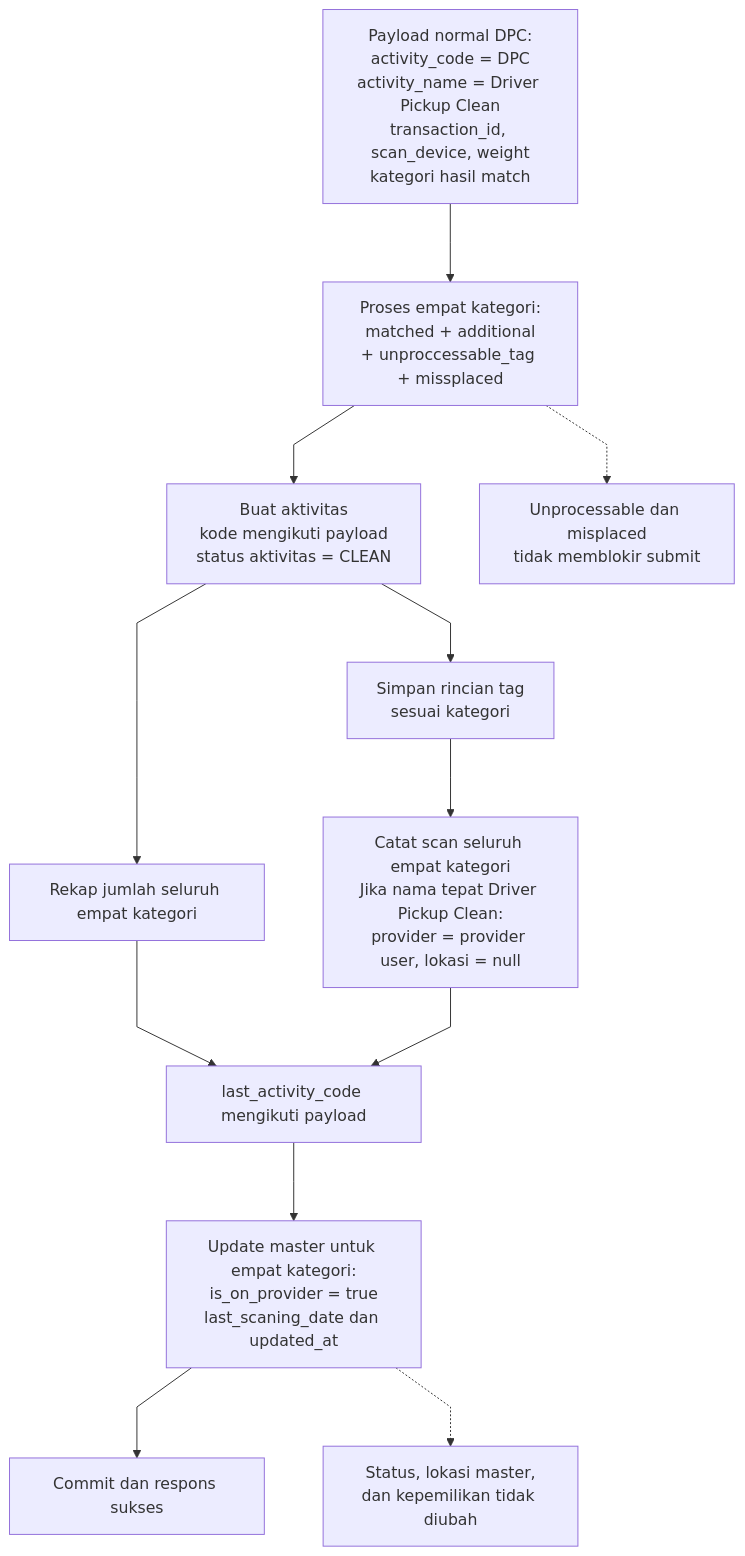
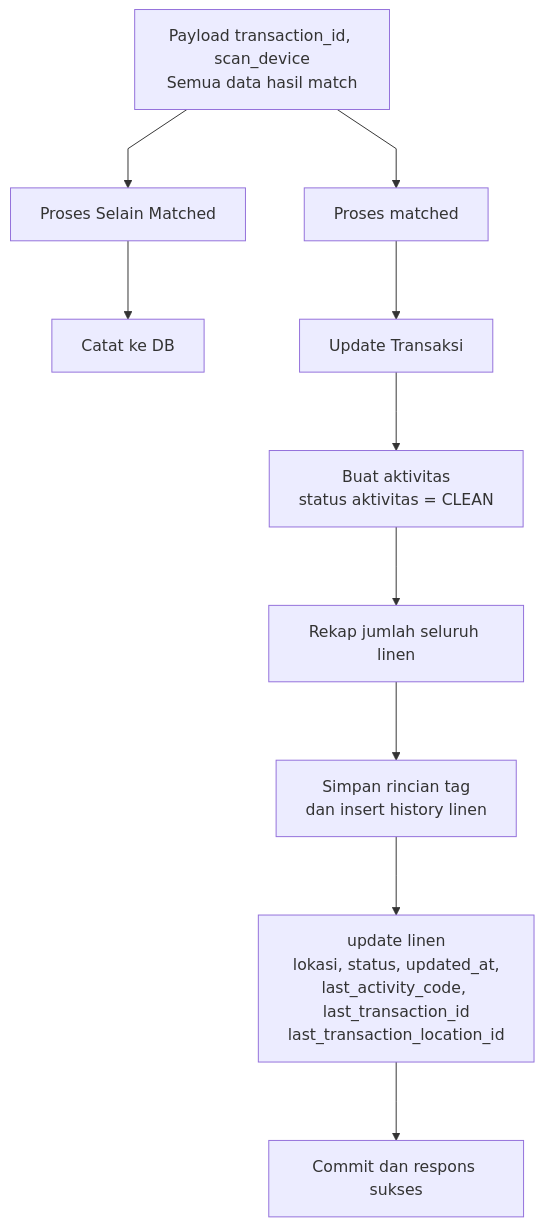
The third of 3 diagrams in laundry-activities/driver-pickup-clean.md (bagaskrmn/bac-flow-laundry), drawn with Mermaid before and after one commit. The commit also changed other lines of this file and 1 other file, not shown here.

Commit message:
fix DPC dan IC

````diff
--- a/laundry-activities/driver-pickup-clean.md
+++ b/laundry-activities/driver-pickup-clean.md
@@ -31,19 +33,16 @@
 ```mermaid
 %%{init: {'flowchart': {'curve': 'linear', 'nodeSpacing': 60, 'rankSpacing': 80, 'diagramPadding': 24}}}%%
 flowchart TD
-    N_IN["Payload normal DPC:<br/>activity_code = DPC<br/>activity_name = Driver Pickup Clean<br/>transaction_id, scan_device, weight<br/>kategori hasil match"]
+    N_IN["Payload transaction_id, scan_device<br/>Semua data hasil match"]
 
-    N_IN --> N_ACCEPT["Proses empat kategori:<br/>matched + additional<br/>+ unproccessable_tag + missplaced"]
-    N_ACCEPT --> N_ACT["Buat aktivitas<br/>kode mengikuti payload<br/>status aktivitas = CLEAN"]
-    N_ACT --> N_QTY["Rekap jumlah seluruh empat kategori"]
-    N_ACT --> N_TAG["Simpan rincian tag<br/>sesuai kategori"]
-    N_TAG --> N_SCAN["Catat scan seluruh empat kategori<br/>Jika nama tepat Driver Pickup Clean:<br/>provider = provider user, lokasi = null"]
+    N_IN -->N_NOTES["Proses Selain Matched"]
+    N_NOTES --> N_CATAT["Catat ke DB"]
+    N_IN --> N_ACCEPT["Proses matched"]
+    N_ACCEPT --> N_TRX["Update Transaksi"]
+    N_TRX --> N_ACT["Buat aktivitas<br/>status aktivitas = CLEAN"]
+    N_ACT --> N_QTY["Rekap jumlah seluruh linen"]
+    N_QTY --> N_TAG["Simpan rincian tag<br/>dan insert history linen"]
+    N_TAG --> N_SCAN["update linen<br/>lokasi, status, updated_at,<br/>last_activity_code, last_transaction_id<br/>last_transaction_location_id"]
 
-    N_QTY --> N_TRX["last_activity_code mengikuti payload"]
-    N_SCAN --> N_TRX
-    N_TRX --> N_MASTER["Update master untuk empat kategori:<br/>is_on_provider = true<br/>last_scaning_date dan updated_at"]
-    N_MASTER --> N_DONE["Commit dan respons sukses"]
-
-    N_ACCEPT -.-> N_RULE["Unprocessable dan misplaced<br/>tidak memblokir submit"]
-    N_MASTER -.-> N_KEEP["Status, lokasi master,<br/>dan kepemilikan tidak diubah"]
+    N_SCAN --> N_DONE["Commit dan respons sukses"]
 ```
````
